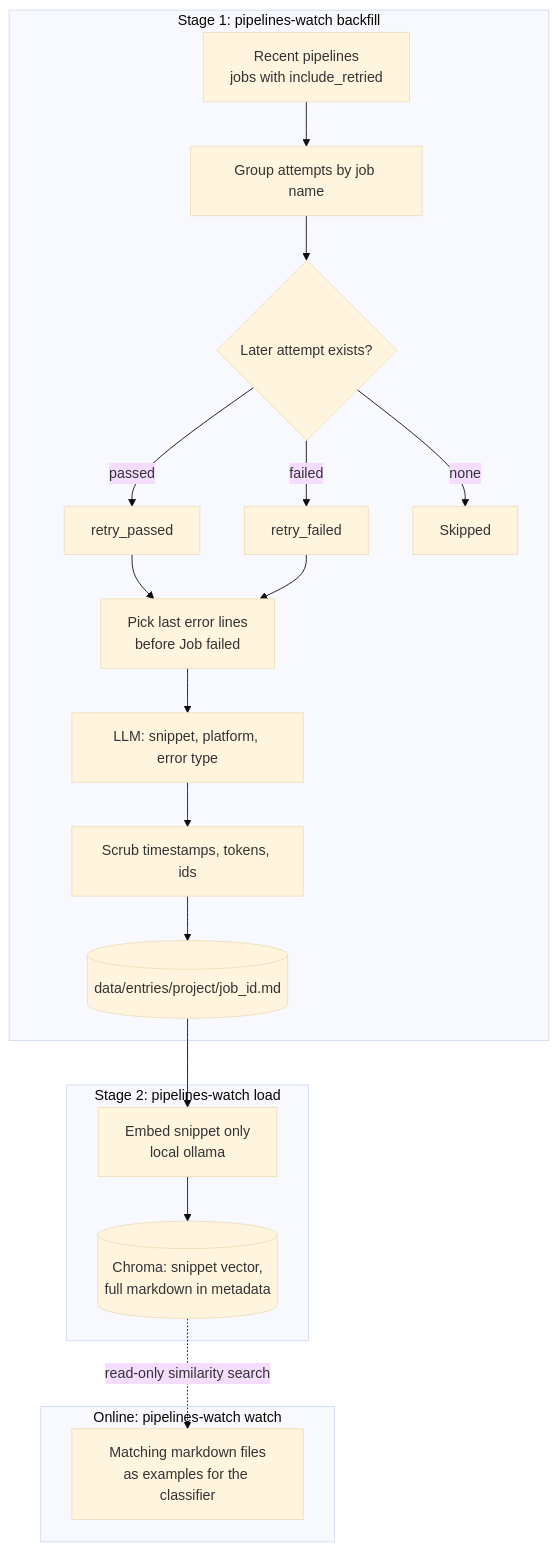
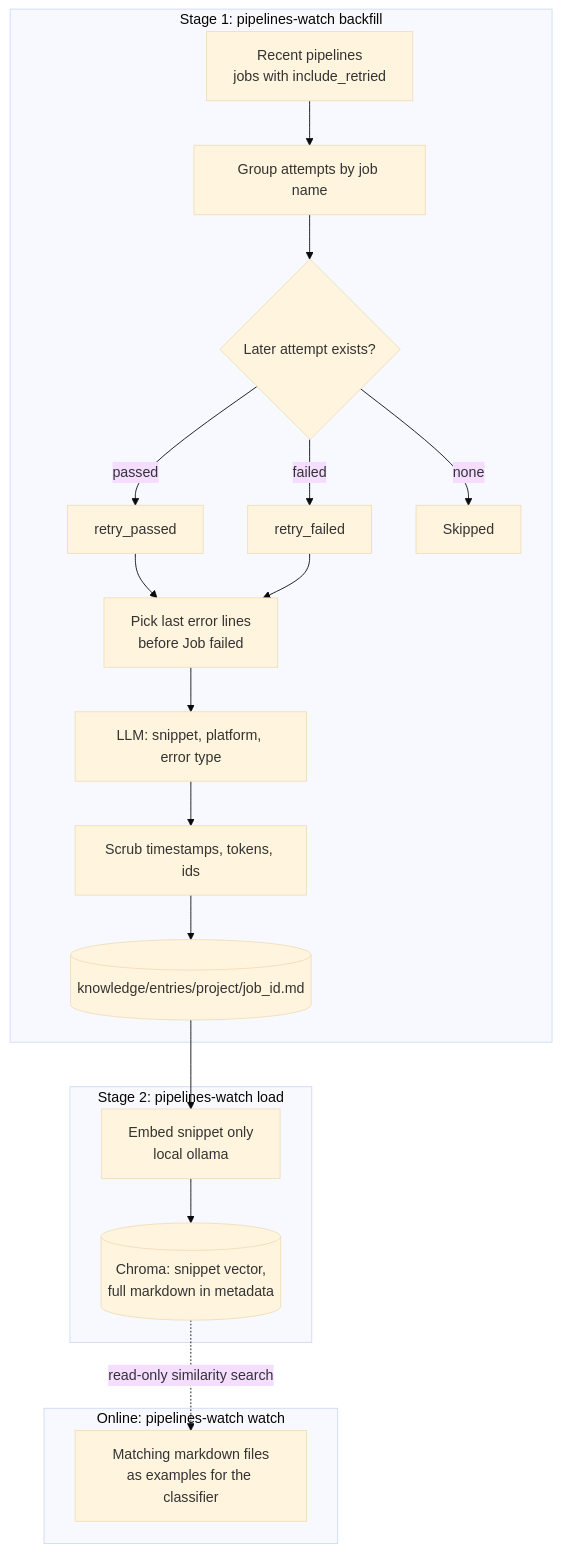
One commit to vicentebolea/gitlab-pipelines-watch changed the third of 5 diagrams in ARCHITECTURE.md. Above: the diagram before and after it, drawn with Mermaid (base theme). The commit also changed other lines of this file and 436 other files, not shown here.

````diff
--- a/ARCHITECTURE.md
+++ b/ARCHITECTURE.md
@@ -105,24 +105,24 @@
 ```mermaid
 flowchart TD
     subgraph S1[Stage 1: pipelines-watch backfill]
         H[Recent pipelines<br/>jobs with include_retried] --> G[Group attempts by job name]
         G --> O1{Later attempt exists?}
         O1 -- passed --> R1[retry_passed]
         O1 -- failed --> R2[retry_failed]
         O1 -- none --> X[Skipped]
         R1 --> HINT[Pick last error lines<br/>before Job failed]
         R2 --> HINT
         HINT --> EX[LLM: snippet, platform, error type]
         EX --> SC[Scrub timestamps, tokens, ids]
-        SC --> MD[(data/entries/project/job_id.md)]
+        SC --> MD[(knowledge/entries/project/job_id.md)]
     end
 
     subgraph S2[Stage 2: pipelines-watch load]
         MD --> EMB[Embed snippet only<br/>local ollama]
         EMB --> V[(Chroma: snippet vector,<br/>full markdown in metadata)]
     end
 
     subgraph ON[Online: pipelines-watch watch]
         V -. read-only similarity search .-> RET[Matching markdown files<br/>as examples for the classifier]
     end
 ```
````
